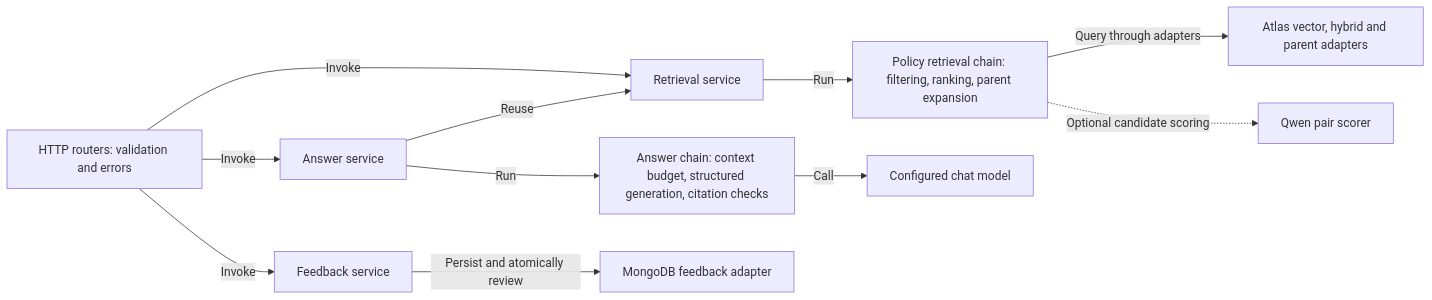
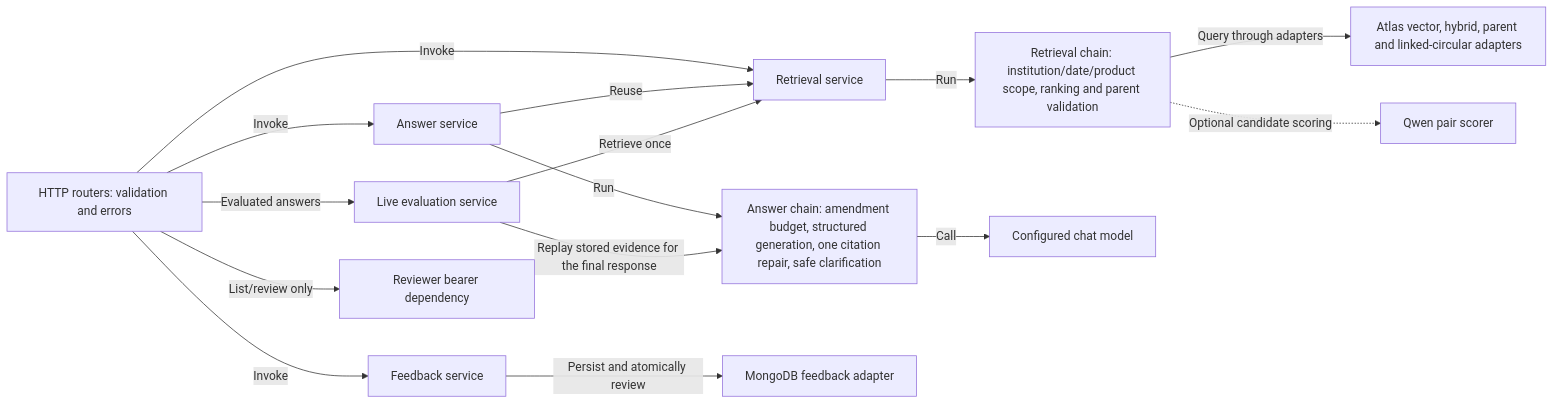
Before and after one commit to bharathk5678/NexaAssist: the fifth of 5 diagrams in APP_COMPONENT_GUIDE.md, drawn with Mermaid. The commit also changed other lines of this file and 124 other files, not shown here.

First line of the commit message:
feat(agent): add agent service, auth, and orchestration layer

````diff
--- a/APP_COMPONENT_GUIDE.md
+++ b/APP_COMPONENT_GUIDE.md
@@ -550,13 +728,17 @@
 ```mermaid
 flowchart LR
     routes["HTTP routers: validation and errors"] -->|"Invoke"| retrieval["Retrieval service"]
     routes -->|"Invoke"| answer["Answer service"]
     routes -->|"Invoke"| feedback["Feedback service"]
+    routes -->|"Evaluated answers"| scoring["Live evaluation service"]
+    routes -->|"List/review only"| auth["Reviewer bearer dependency"]
     answer -->|"Reuse"| retrieval
-    retrieval -->|"Run"| search["Policy retrieval chain: filtering, ranking, parent expansion"]
-    search -->|"Query through adapters"| stores["Atlas vector, hybrid and parent adapters"]
+    retrieval -->|"Run"| search["Retrieval chain: institution/date/product scope, ranking and parent validation"]
+    search -->|"Query through adapters"| stores["Atlas vector, hybrid, parent and linked-circular adapters"]
     search -.->|"Optional candidate scoring"| rerank["Qwen pair scorer"]
-    answer -->|"Run"| generation["Answer chain: context budget, structured generation, citation checks"]
+    answer -->|"Run"| generation["Answer chain: amendment budget, structured generation, one citation repair, safe clarification"]
+    scoring -->|"Retrieve once"| retrieval
+    scoring -->|"Replay stored evidence for the final response"| generation
     generation -->|"Call"| model["Configured chat model"]
     feedback -->|"Persist and atomically review"| feedback_store["MongoDB feedback adapter"]
 ```
````
